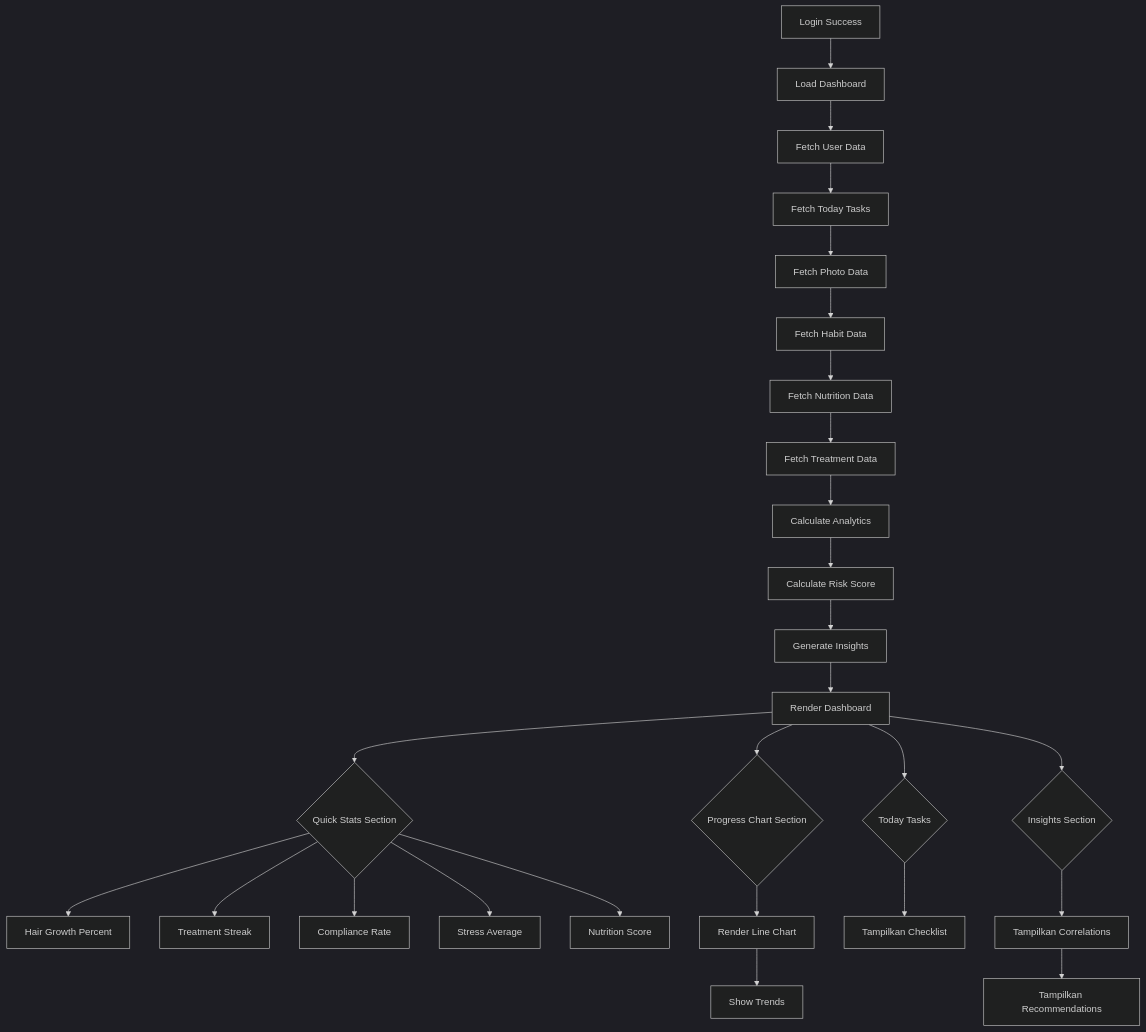
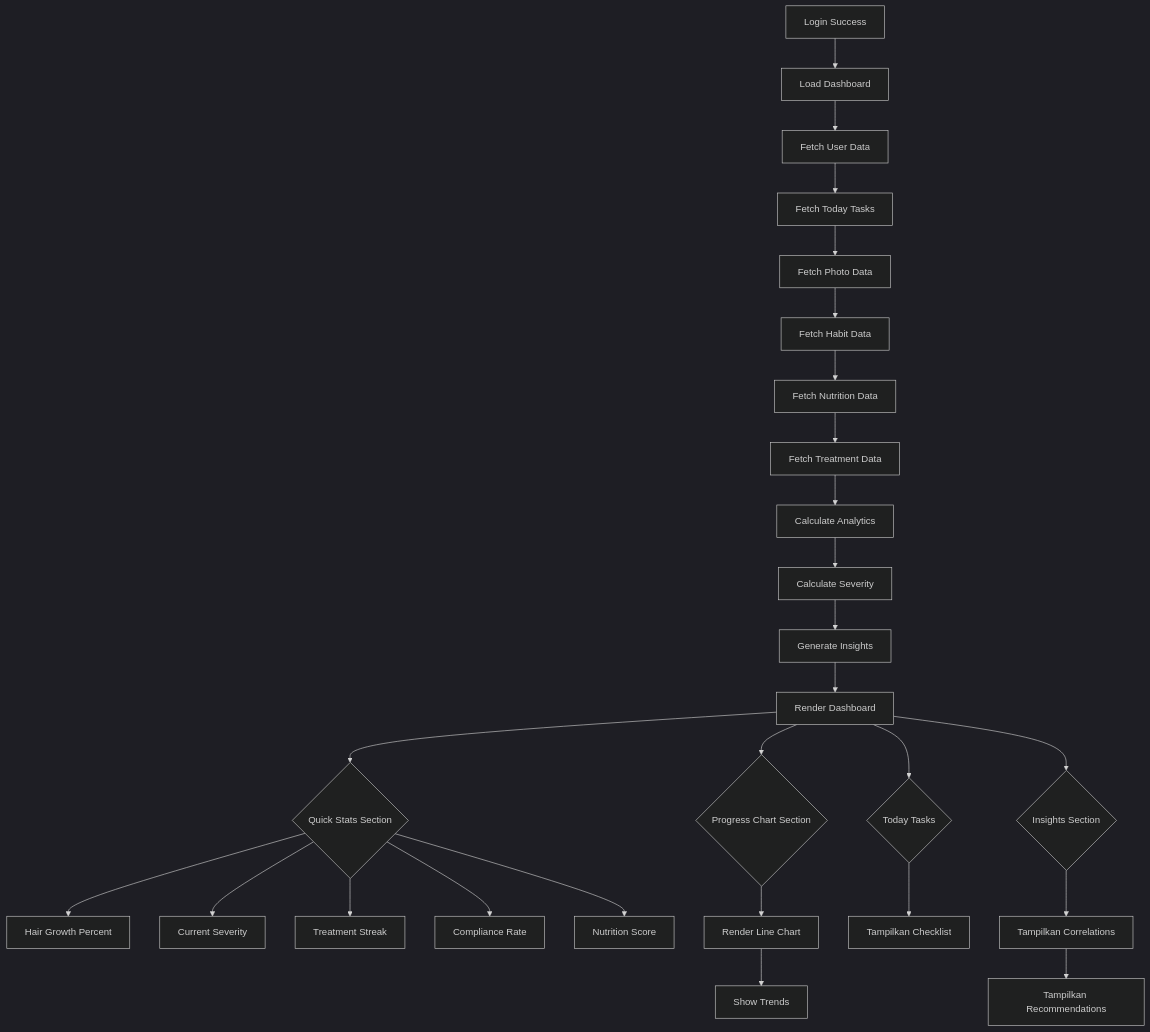
One commit to petrushandika/Scalp-Analytics changed the seventh of 9 diagrams in Documentation/USER-FLOW.md. Above: the diagram before and after it, drawn with Mermaid (dark theme). The commit also changed other lines of this file and 5 other files, not shown here.

````diff
--- a/Documentation/USER-FLOW.md
+++ b/Documentation/USER-FLOW.md
@@ -435,35 +768,35 @@
 ```mermaid
 flowchart TD
     A[Login Success] --> B[Load Dashboard]
-
+    
     B --> C[Fetch User Data]
     C --> D[Fetch Today Tasks]
     D --> E[Fetch Photo Data]
     E --> F[Fetch Habit Data]
     F --> G[Fetch Nutrition Data]
     G --> H[Fetch Treatment Data]
-
+    
     H --> I[Calculate Analytics]
-    I --> J[Calculate Risk Score]
+    I --> J[Calculate Severity]
     J --> K[Generate Insights]
-
+    
     K --> L[Render Dashboard]
-
+    
     L --> M{Quick Stats Section}
     M --> N[Hair Growth Percent]
-    M --> O[Treatment Streak]
-    M --> P[Compliance Rate]
-    M --> Q[Stress Average]
+    M --> O[Current Severity]
+    M --> P[Treatment Streak]
+    M --> Q[Compliance Rate]
     M --> R[Nutrition Score]
-
+    
     L --> S{Progress Chart Section}
     S --> T[Render Line Chart]
     T --> U[Show Trends]
-
+    
     L --> V{Today Tasks}
     V --> W[Tampilkan Checklist]
-
+    
     L --> X{Insights Section}
     X --> Y[Tampilkan Correlations]
     Y --> Z[Tampilkan Recommendations]
 ```
````
